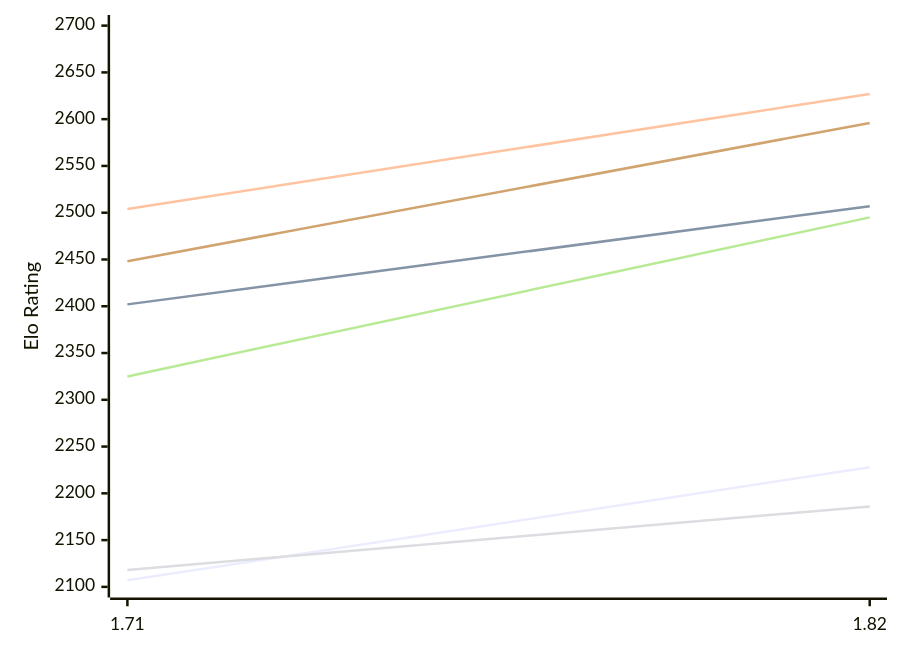
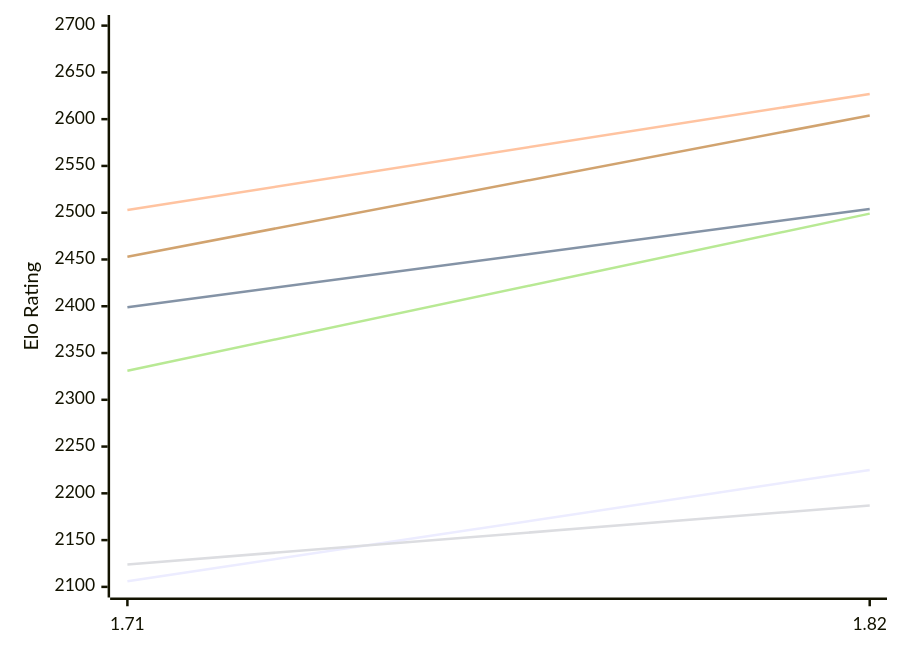
The first of 2 diagrams in engines/Amira.md (computer-chess-index/cci), drawn with Mermaid before and after one commit. The commit also changed other lines of this file, not shown here.

Commit message:
Update CCI Ratings (ELO VLTC) - 2026-11-23

````diff
--- a/engines/Amira.md
+++ b/engines/Amira.md
@@ -50,12 +50,12 @@
 ```mermaid
 %%{init: {"theme":"base","themeVariables":{"seriesColors:['#a3a3a3','#222221','#faa371']}}}%%
 xychart-beta
   x-axis ["1.71", "1.82"]
   y-axis "Elo Rating" 2100 --> 2700
-  line "E1: STC (8.0+0.08s)" [2107, 2228]
-  line "E1: LTC (60.0+0.60s)" [2402, 2507]
-  line "E1: VLTC (2m24s+1.12s)" [2504, 2627]
-  line "P1: STC (8.0+0.08s)" [2118, 2186]
-  line "P1: LTC (60.0+0.60s)" [2325, 2495]
-  line "P1: VLTC (2m24s+1.12s)" [2448, 2596]
+  line "E1: STC (8.0+0.08s)" [2106, 2225]
+  line "E1: LTC (60.0+0.60s)" [2399, 2504]
+  line "E1: VLTC (2m24s+1.12s)" [2503, 2627]
+  line "P1: STC (8.0+0.08s)" [2124, 2187]
+  line "P1: LTC (60.0+0.60s)" [2331, 2499]
+  line "P1: VLTC (2m24s+1.12s)" [2453, 2604]
 ```
````
